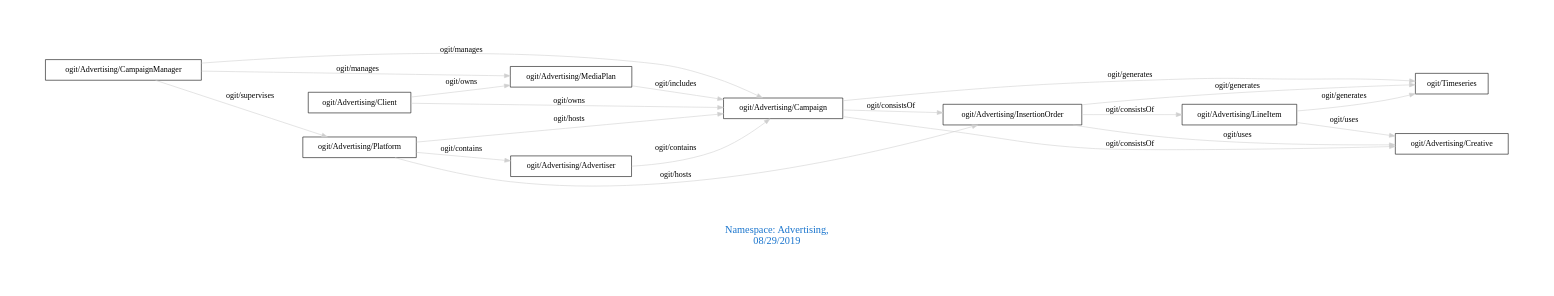
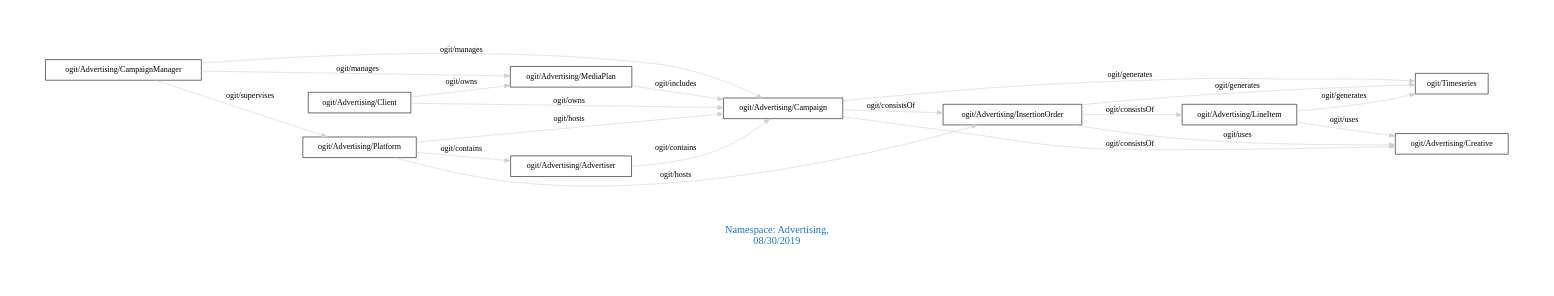
The diagram in downloads/Advertising.dot (arago/OGIT), drawn with Graphviz before and after one commit. The commit also changed 1500 other files, not shown here.

```diff
--- a/downloads/Advertising.dot
+++ b/downloads/Advertising.dot
@@ -1,26 +1,26 @@
 digraph OGIT_ontology {
  graph [ rankdir= LR,pad=1 
 fontsize = 18,
-fontcolor= dodgerblue3,label = "\n\n\nNamespace: Advertising, \n 08/29/2019"];
+fontcolor= dodgerblue3,label = "\n\n\nNamespace: Advertising, \n 08/30/2019"];
 node[shape=polygon];
 edge [  color="gray81"];
 
    "ogit/Advertising/Advertiser" -> "ogit/Advertising/Campaign" [label="   ogit/contains    "];
    "ogit/Advertising/Platform" -> "ogit/Advertising/Advertiser" [label="   ogit/contains    "];
    "ogit/Advertising/CampaignManager" -> "ogit/Advertising/MediaPlan" [label="   ogit/manages    "];
    "ogit/Advertising/CampaignManager" -> "ogit/Advertising/Campaign" [label="   ogit/manages    "];
    "ogit/Advertising/Platform" -> "ogit/Advertising/Campaign" [label="   ogit/hosts    "];
    "ogit/Advertising/Platform" -> "ogit/Advertising/InsertionOrder" [label="   ogit/hosts    "];
    "ogit/Advertising/CampaignManager" -> "ogit/Advertising/Platform" [label="   ogit/supervises    "];
    "ogit/Advertising/Campaign" -> "ogit/Timeseries" [label="   ogit/generates    "];
    "ogit/Advertising/InsertionOrder" -> "ogit/Timeseries" [label="   ogit/generates    "];
    "ogit/Advertising/LineItem" -> "ogit/Timeseries" [label="   ogit/generates    "];
    "ogit/Advertising/MediaPlan" -> "ogit/Advertising/Campaign" [label="   ogit/includes    "];
    "ogit/Advertising/Client" -> "ogit/Advertising/MediaPlan" [label="   ogit/owns    "];
    "ogit/Advertising/Client" -> "ogit/Advertising/Campaign" [label="   ogit/owns    "];
    "ogit/Advertising/InsertionOrder" -> "ogit/Advertising/Creative" [label="   ogit/uses    "];
    "ogit/Advertising/LineItem" -> "ogit/Advertising/Creative" [label="   ogit/uses    "];
    "ogit/Advertising/Campaign" -> "ogit/Advertising/InsertionOrder" [label="   ogit/consistsOf    "];
    "ogit/Advertising/Campaign" -> "ogit/Advertising/Creative" [label="   ogit/consistsOf    "];
    "ogit/Advertising/InsertionOrder" -> "ogit/Advertising/LineItem" [label="   ogit/consistsOf    "];
 }
```
